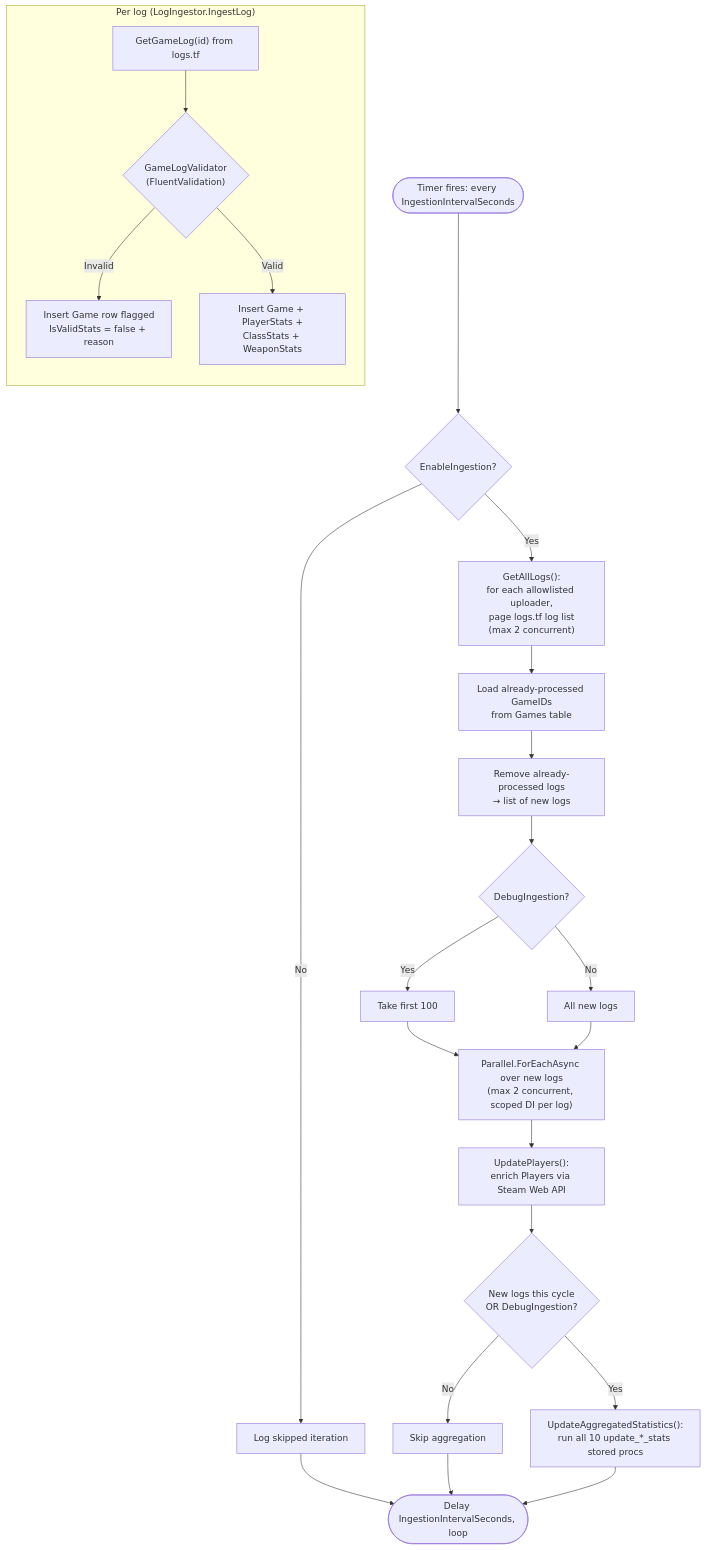
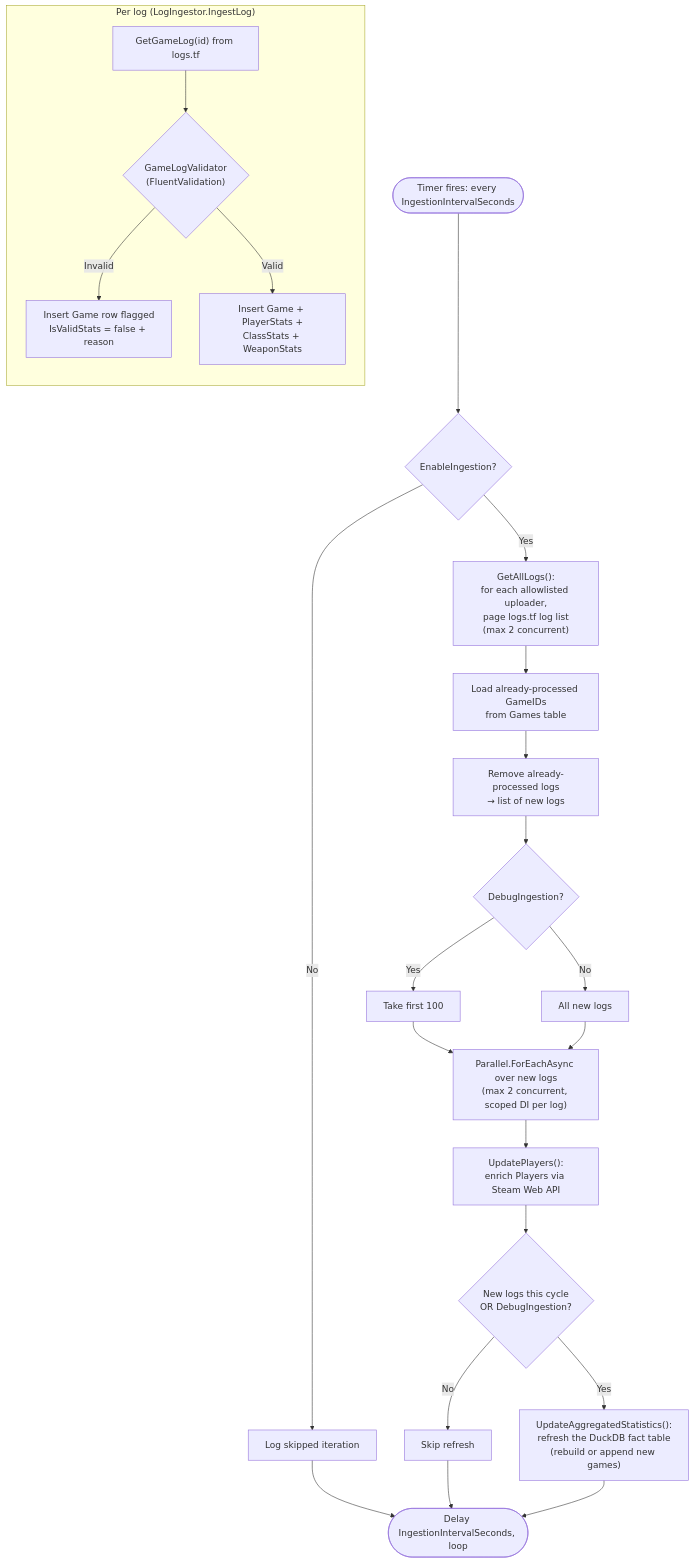
The diagram in docs/architecture/ingestion-pipeline.md (DeradoZA/tf2sa), drawn with Mermaid before and after one commit. The commit also changed other lines of this file and 12 other files, not shown here.

````diff
--- a/docs/architecture/ingestion-pipeline.md
+++ b/docs/architecture/ingestion-pipeline.md
@@ -53,26 +56,26 @@
 ```mermaid
 flowchart TD
     start([Timer fires: every IngestionIntervalSeconds]) --> enabled{EnableIngestion?}
     enabled -->|No| idle[Log skipped iteration] --> wait
     enabled -->|Yes| fetchall["GetAllLogs():<br/>for each allowlisted uploader,<br/>page logs.tf log list<br/>(max 2 concurrent)"]
     fetchall --> known["Load already-processed GameIDs<br/>from Games table"]
     known --> diff["Remove already-processed logs<br/>→ list of new logs"]
     diff --> debug{DebugIngestion?}
     debug -->|Yes| take100[Take first 100]
     debug -->|No| all[All new logs]
     take100 --> loop
     all --> loop["Parallel.ForEachAsync over new logs<br/>(max 2 concurrent, scoped DI per log)"]
 
     subgraph peritem["Per log (LogIngestor.IngestLog)"]
         direction TB
         getlog["GetGameLog(id) from logs.tf"] --> valid{"GameLogValidator<br/>(FluentValidation)"}
         valid -->|Invalid| insertinvalid["Insert Game row flagged<br/>IsValidStats = false + reason"]
         valid -->|Valid| insertvalid["Insert Game + PlayerStats +<br/>ClassStats + WeaponStats"]
     end
 
     loop --> players["UpdatePlayers():<br/>enrich Players via Steam Web API"]
     players --> anynew{New logs this cycle<br/>OR DebugIngestion?}
-    anynew -->|No| skipagg[Skip aggregation] --> wait
-    anynew -->|Yes| agg["UpdateAggregatedStatistics():<br/>run all 10 update_*_stats stored procs"]
+    anynew -->|No| skipagg[Skip refresh] --> wait
+    anynew -->|Yes| agg["UpdateAggregatedStatistics():<br/>refresh the DuckDB fact table<br/>(rebuild or append new games)"]
     agg --> wait([Delay IngestionIntervalSeconds, loop])
 ```
````
